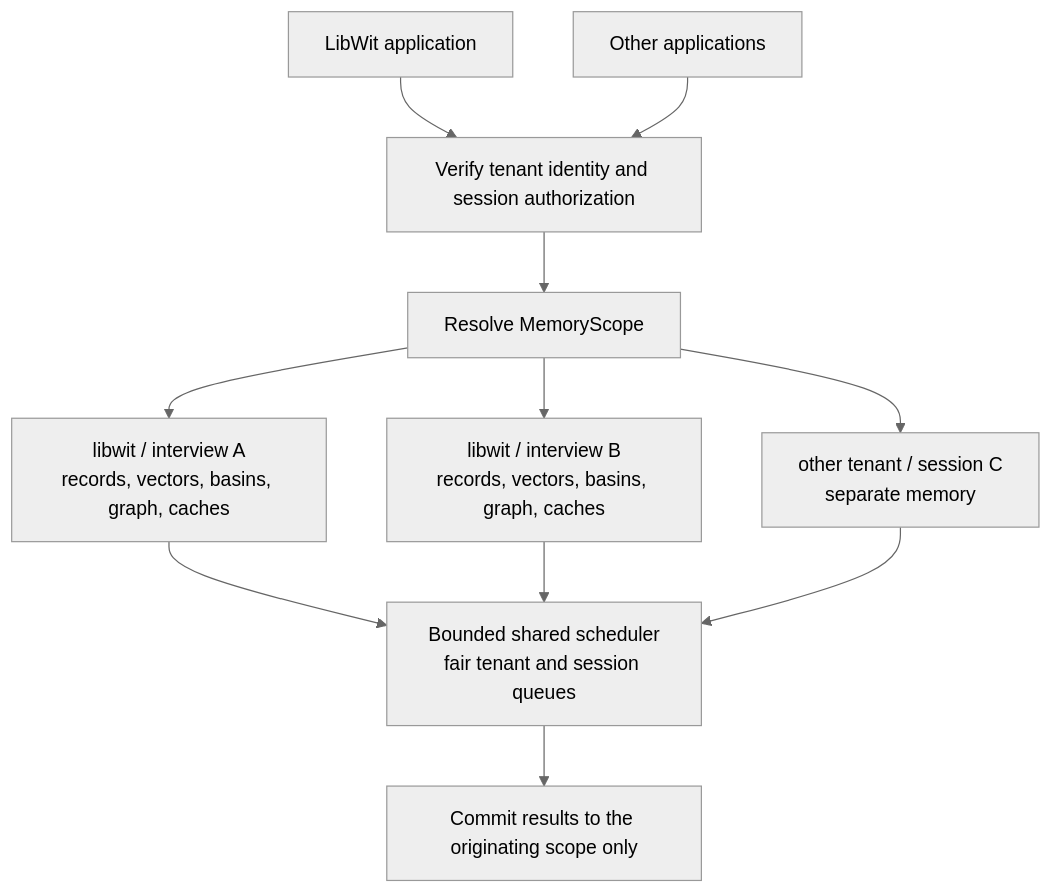
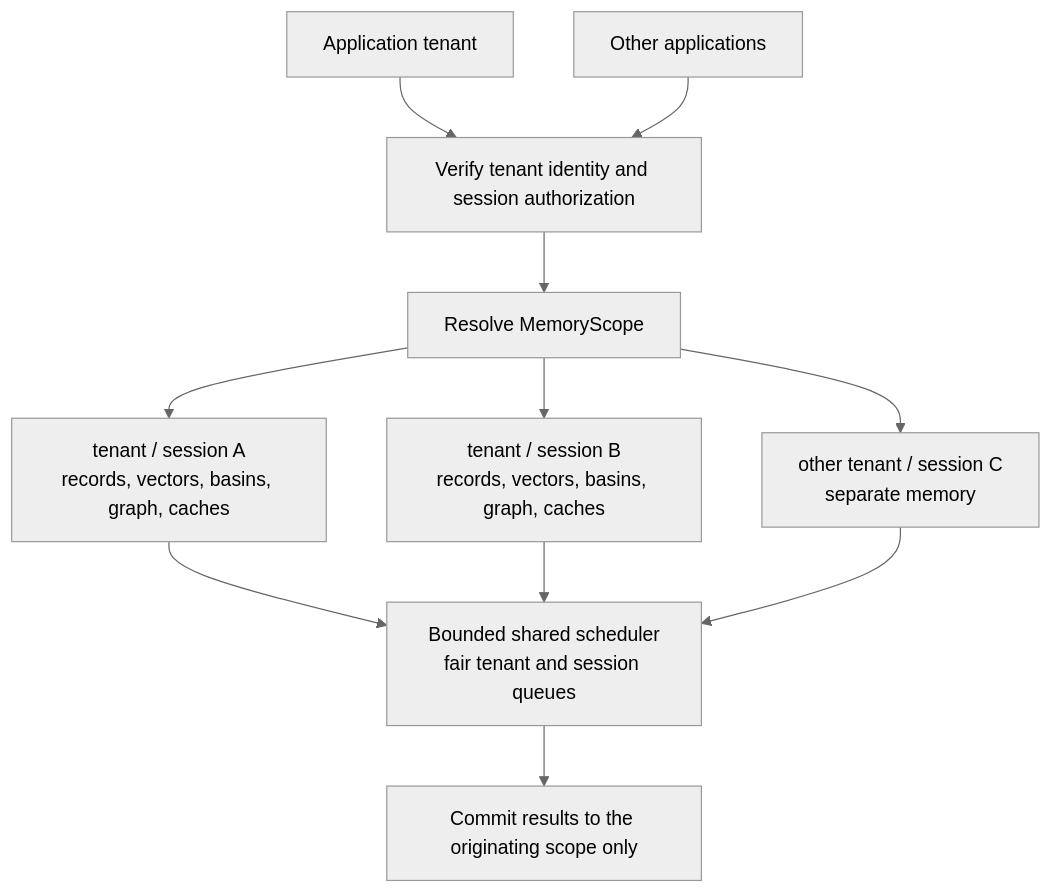
The diagram in docs/roadmap/epics/tenant-session-memory.md (SourceShift/ContextNest), drawn with Mermaid (neutral theme) before and after one commit. The commit also changed other lines of this file and 13 other files, not shown here.

````diff
--- a/docs/roadmap/epics/tenant-session-memory.md
+++ b/docs/roadmap/epics/tenant-session-memory.md
@@ -18,13 +17,13 @@
 ```mermaid
 flowchart TD
-    LW["LibWit application"] --> Auth["Verify tenant identity and session authorization"]
+    LW["Application tenant"] --> Auth["Verify tenant identity and session authorization"]
     Other["Other applications"] --> Auth
     Auth --> Router["Resolve MemoryScope"]
-    Router --> A["libwit / interview A<br/>records, vectors, basins, graph, caches"]
-    Router --> B["libwit / interview B<br/>records, vectors, basins, graph, caches"]
+    Router --> A["tenant / session A<br/>records, vectors, basins, graph, caches"]
+    Router --> B["tenant / session B<br/>records, vectors, basins, graph, caches"]
     Router --> C["other tenant / session C<br/>separate memory"]
     A --> Work["Bounded shared scheduler<br/>fair tenant and session queues"]
     B --> Work
     C --> Work
     Work --> Persist["Commit results to the originating scope only"]
 ```
````
